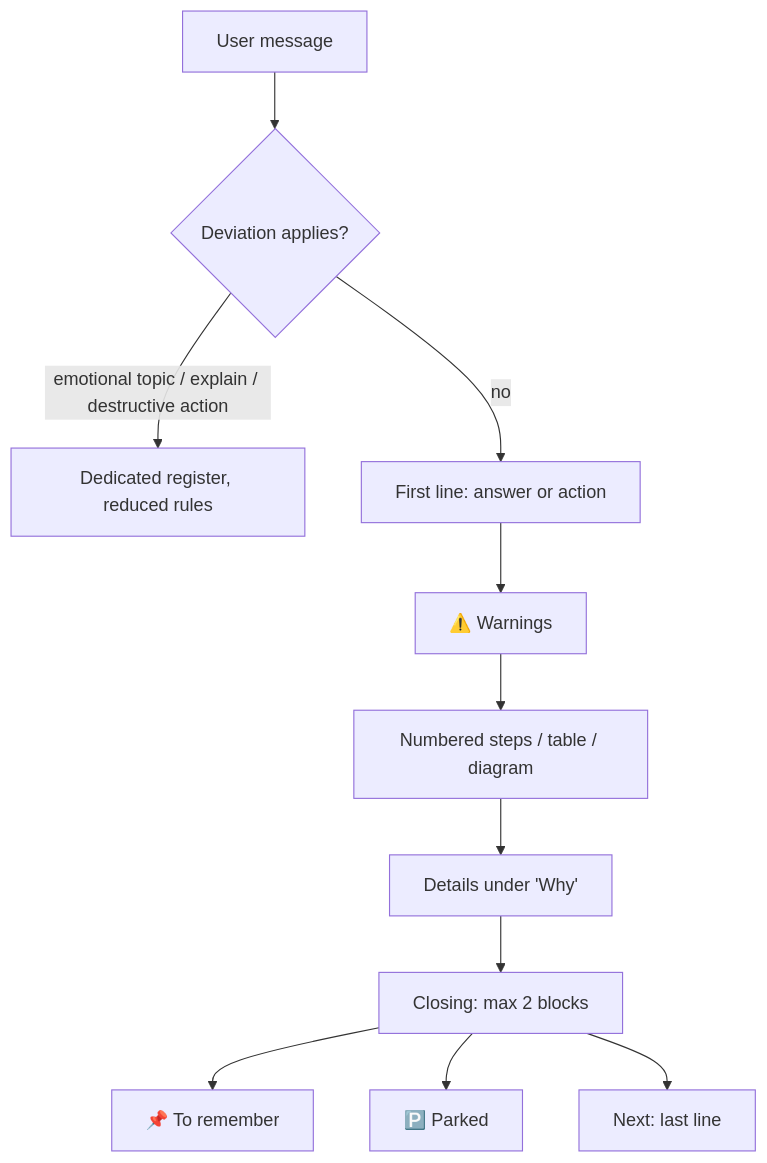
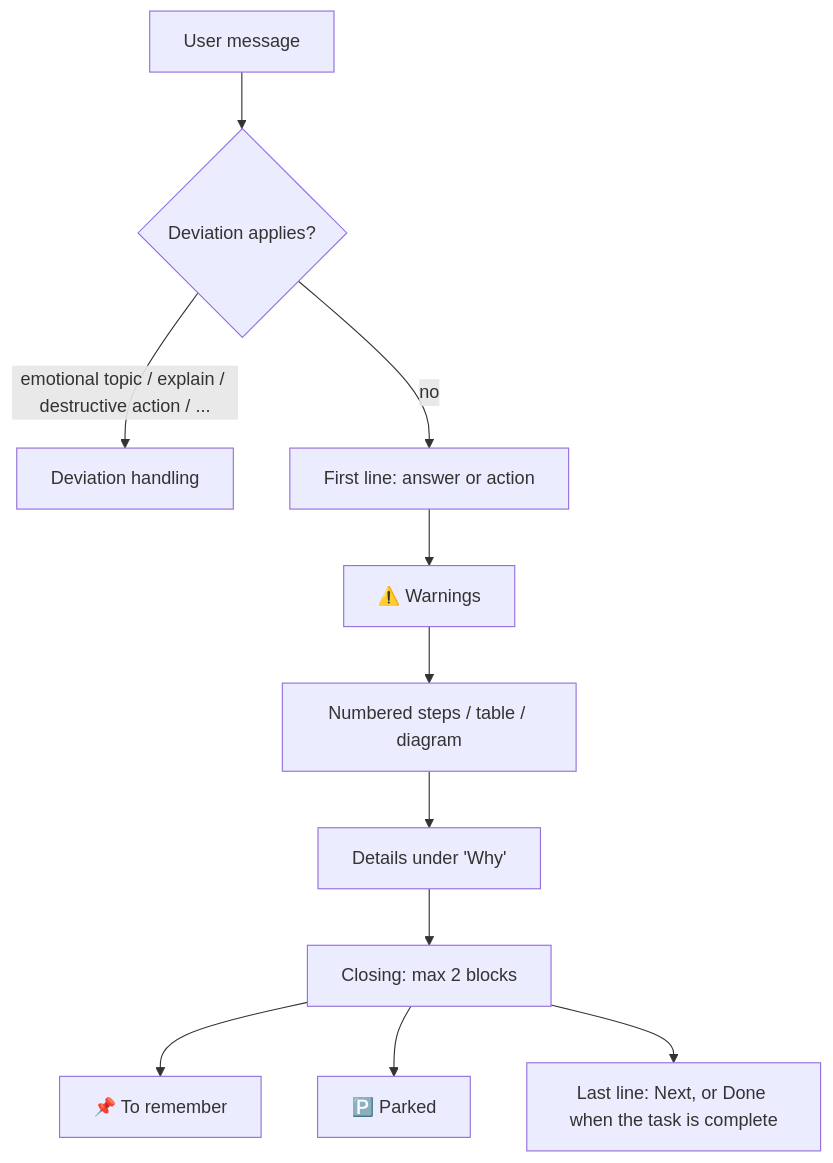
The diagram in README.md (JohnnyTriggerDev/twice-exceptional-skill), drawn with Mermaid before and after one commit. The commit also changed other lines of this file and 4 other files, not shown here.

````diff
--- a/README.md
+++ b/README.md
@@ -24,13 +43,13 @@
 ```mermaid
 flowchart TD
     A[User message] --> B{Deviation applies?}
-    B -- "emotional topic / explain / destructive action" --> C[Dedicated register, reduced rules]
+    B -- "emotional topic / explain / destructive action / ..." --> C[Deviation handling]
     B -- no --> D[First line: answer or action]
     D --> E[⚠️ Warnings]
     E --> F[Numbered steps / table / diagram]
     F --> G[Details under 'Why']
     G --> H[Closing: max 2 blocks]
     H --> I[📌 To remember]
     H --> J[🅿️ Parked]
-    H --> K[Next: last line]
+    H --> K[Last line: Next, or Done when the task is complete]
 ```
````
